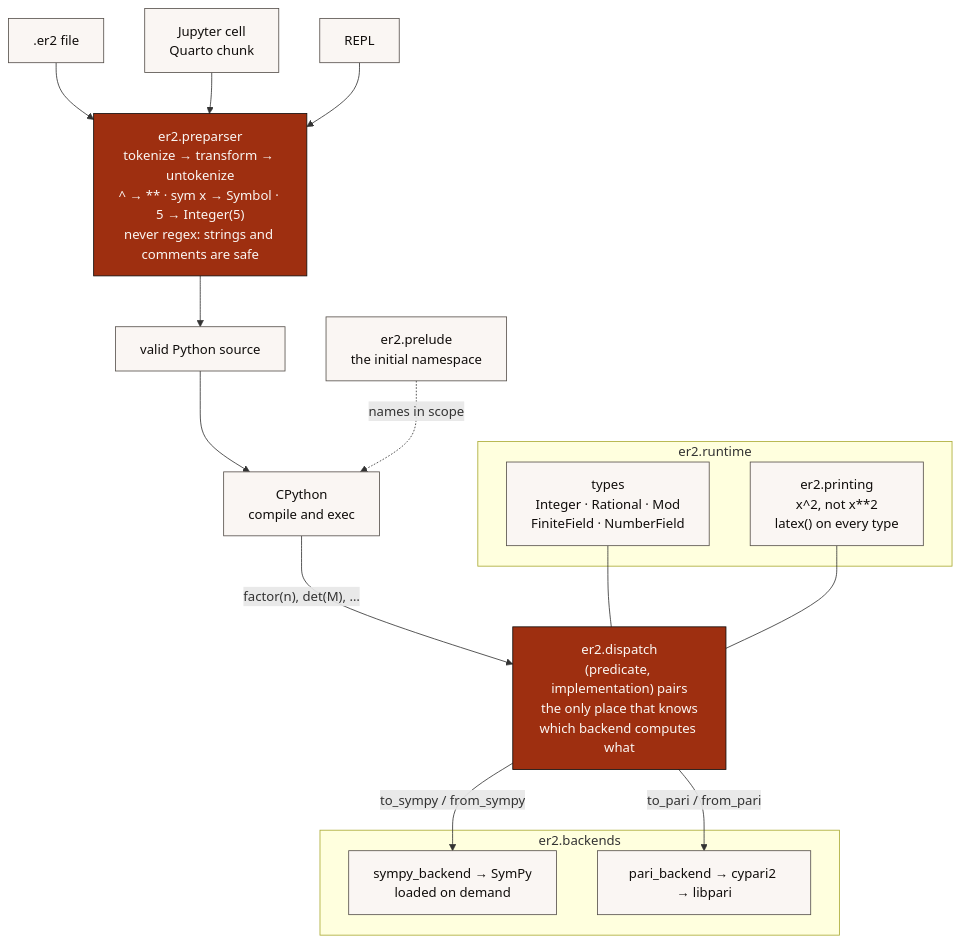
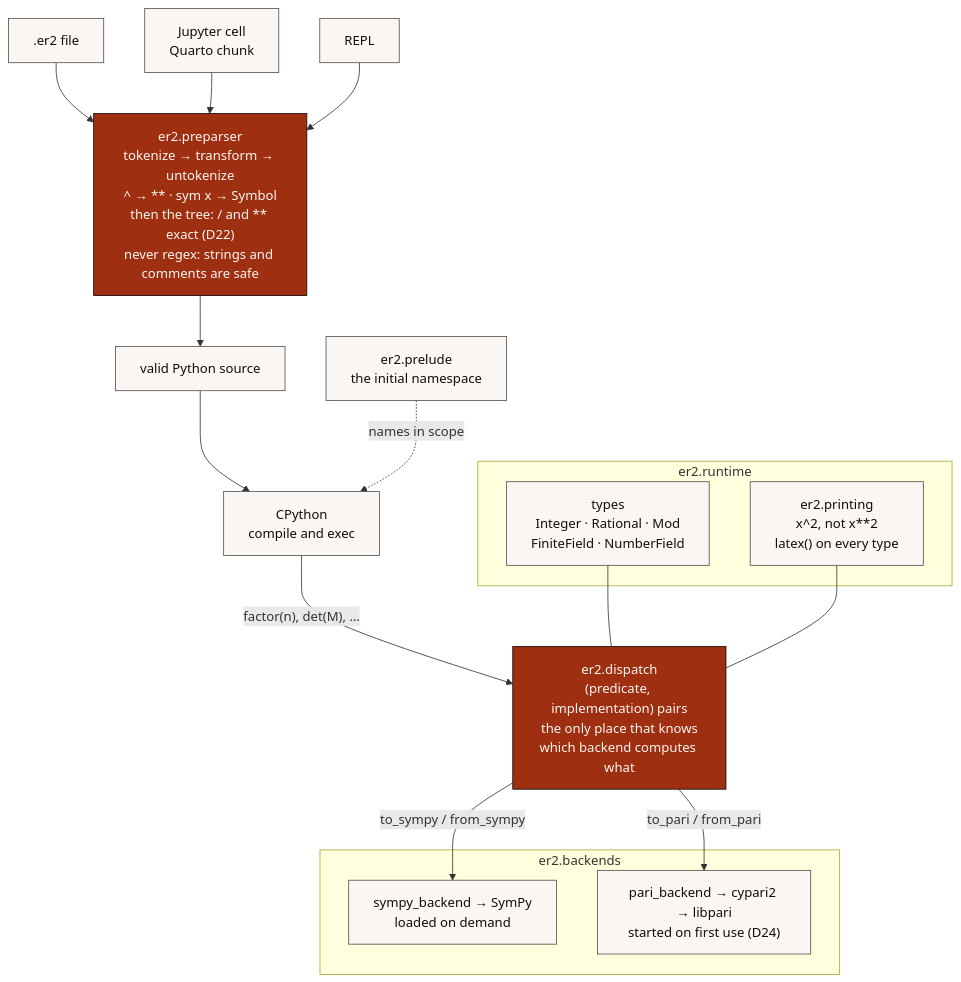
The diagram in ARCHITECTURE.md (oeistools/ER2), drawn with Mermaid before and after one commit. The commit also changed 5 other files, not shown here.

````diff
--- a/ARCHITECTURE.md
+++ b/ARCHITECTURE.md
@@ -287,40 +287,40 @@
 ```mermaid
 flowchart TD
     SRC[".er2 file"]
     NB["Jupyter cell<br/>Quarto chunk"]
     REPL["REPL"]
 
-    PRE["er2.preparser<br/>tokenize → transform → untokenize<br/>^ → ** · sym x → Symbol · 5 → Integer(5)<br/>never regex: strings and comments are safe"]
+    PRE["er2.preparser<br/>tokenize → transform → untokenize<br/>^ → ** · sym x → Symbol<br/>then the tree: / and ** exact (D22)<br/>never regex: strings and comments are safe"]
     PY["valid Python source"]
     CPY["CPython<br/>compile and exec"]
     PRELUDE["er2.prelude<br/>the initial namespace"]
 
     subgraph runtime ["er2.runtime"]
         TYPES["types<br/>Integer · Rational · Mod<br/>FiniteField · NumberField"]
         PRINT["er2.printing<br/>x^2, not x**2<br/>latex() on every type"]
     end
 
     DISPATCH["er2.dispatch<br/>(predicate, implementation) pairs<br/>the only place that knows<br/>which backend computes what"]
 
     subgraph backends ["er2.backends"]
         SYMPY["sympy_backend → SymPy<br/>loaded on demand"]
-        PARI["pari_backend → cypari2 → libpari"]
+        PARI["pari_backend → cypari2 → libpari<br/>started on first use (D24)"]
     end
 
     SRC --> PRE
     NB --> PRE
     REPL --> PRE
     PRE --> PY
     PY --> CPY
     PRELUDE -.->|"names in scope"| CPY
     CPY -->|"factor(n), det(M), …"| DISPATCH
     DISPATCH -->|"to_sympy / from_sympy"| SYMPY
     DISPATCH -->|"to_pari / from_pari"| PARI
     TYPES --- DISPATCH
     PRINT --- DISPATCH
 
     classDef core fill:#9E2F10,stroke:#100D0B,color:#FAF6F3
     classDef plain fill:#FAF6F3,stroke:#57514C,color:#100D0B
     class PRE,DISPATCH core
     class SRC,NB,REPL,PY,CPY,PRELUDE,TYPES,PRINT,SYMPY,PARI plain
 ```
````
